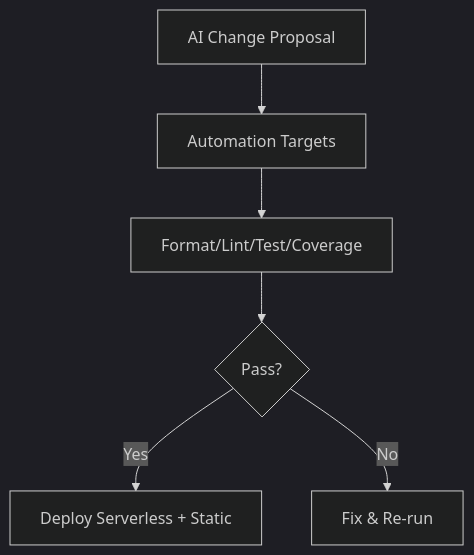
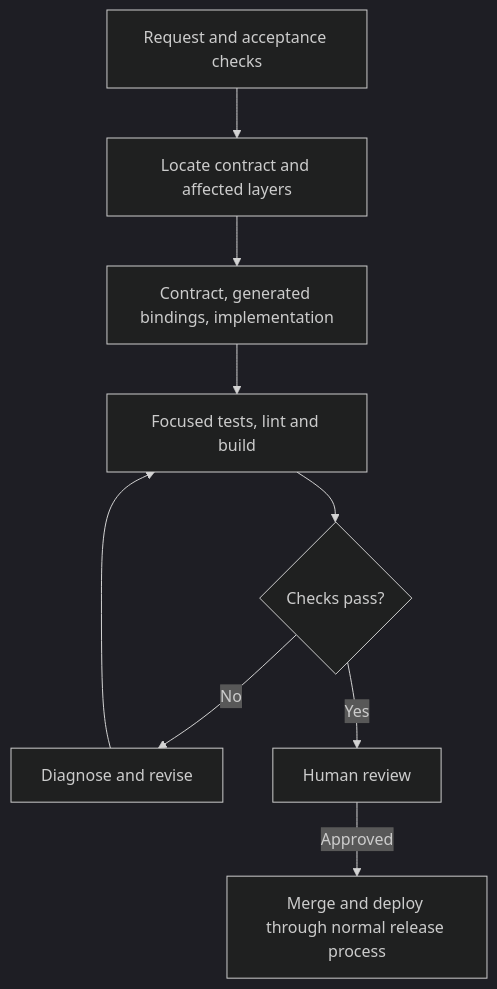
Before and after one commit to sgama/sg: the second of 2 diagrams in content/posts/2026-02-01-ai-full-stack/index.md, drawn with Mermaid (dark theme). The commit also changed other lines of this file and 4 other files, not shown here.

```diff
--- a/content/posts/2026-02-01-ai-full-stack/index.md
+++ b/content/posts/2026-02-01-ai-full-stack/index.md
@@ -115,8 +52,11 @@
 {{< mermaid >}}
 flowchart TD
-  A[AI Change Proposal] --> B[Automation Targets]
-  B --> C[Format/Lint/Test/Coverage]
-  C --> D{Pass?}
-  D -- Yes --> E[Deploy Serverless + Static]
-  D -- No --> F[Fix & Re-run]
+  Request[Request and acceptance checks] --> Plan[Locate contract and affected layers]
+  Plan --> Edit[Contract, generated bindings, implementation]
+  Edit --> Checks[Focused tests, lint and build]
+  Checks --> Pass{Checks pass?}
+  Pass -->|No| Fix[Diagnose and revise]
+  Fix --> Checks
+  Pass -->|Yes| Review[Human review]
+  Review -->|Approved| Merge[Merge and deploy through normal release process]
 {{< /mermaid >}}
```
